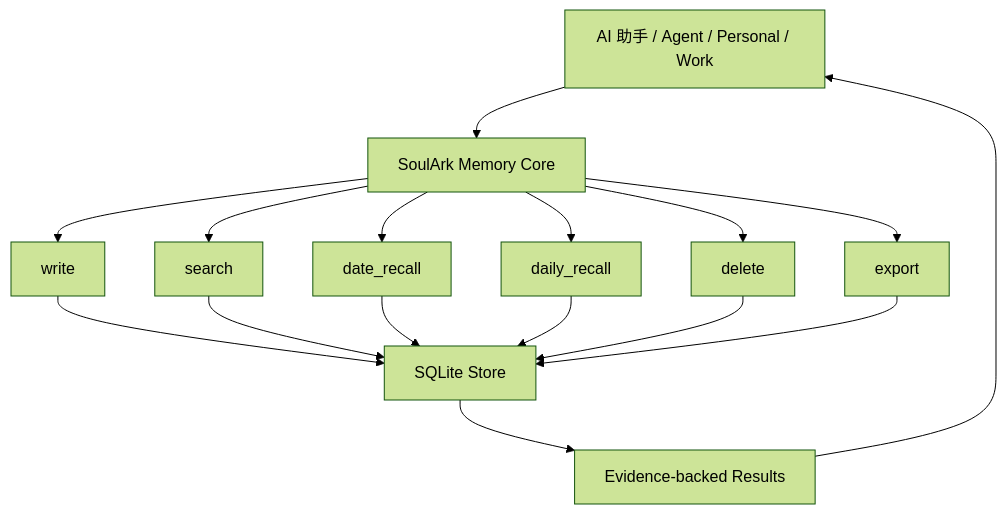
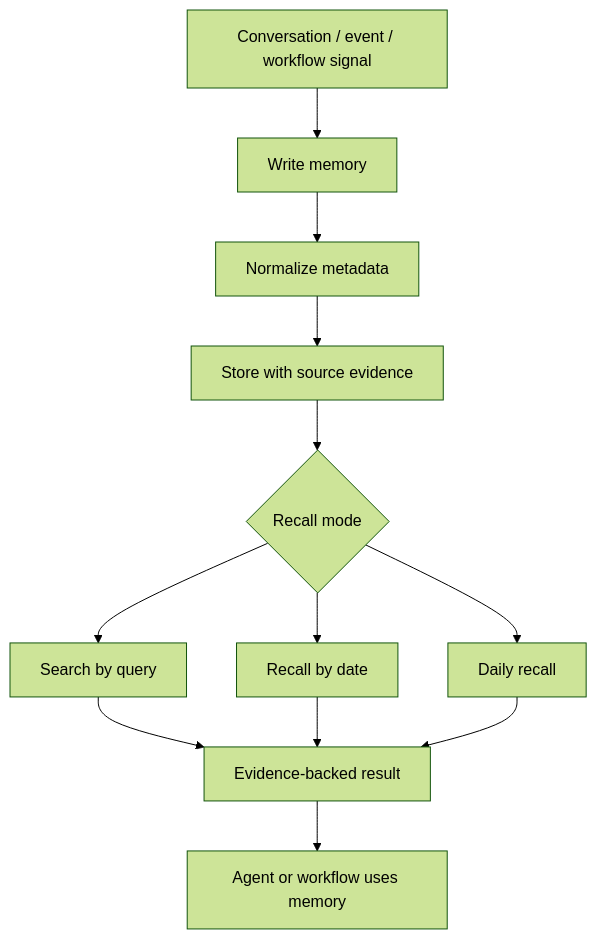
The second of 4 diagrams in README.zh-CN.md (sologhostsolo/soulark-memory-core), drawn with Mermaid (forest theme) before and after one commit. The commit also changed other lines of this file and 2 other files, not shown here.

````diff
--- a/README.zh-CN.md
+++ b/README.zh-CN.md
@@ -46,18 +63,14 @@
 ```mermaid
 flowchart TD
-    A["AI 助手 / Agent / Personal / Work"] --> B["SoulArk Memory Core"]
-    B --> C["write"]
-    B --> D["search"]
-    B --> E["date_recall"]
-    B --> F["daily_recall"]
-    B --> G["delete"]
-    B --> H["export"]
-    C --> I["SQLite Store"]
-    D --> I
-    E --> I
-    F --> I
+    A[Conversation / event / workflow signal] --> B[Write memory]
+    B --> C[Normalize metadata]
+    C --> D[Store with source evidence]
+    D --> E{Recall mode}
+    E --> F[Search by query]
+    E --> G[Recall by date]
+    E --> H[Daily recall]
+    F --> I[Evidence-backed result]
     G --> I
     H --> I
-    I --> J["Evidence-backed Results"]
-    J --> A
+    I --> J[Agent or workflow uses memory]
 ```
````
